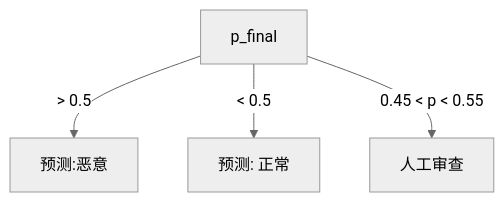
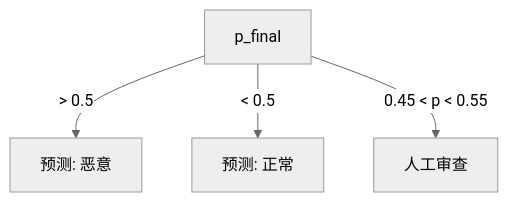
The tenth of 12 diagrams in machine_learning/ensemble_learning/docs/基于Stacking和加权融合的多层集成学习方案.md (zsh003/maltack), drawn with Mermaid (neutral theme) before and after one commit. The commit also changed other lines of this file and 2 other files, not shown here.

````diff
--- a/machine_learning/ensemble_learning/docs/基于Stacking和加权融合的多层集成学习方案.md
+++ b/machine_learning/ensemble_learning/docs/基于Stacking和加权融合的多层集成学习方案.md
@@ -153,6 +154,6 @@
 ```mermaid
 flowchart TD
-  p_final -->|> 0.5| LabelMalicious[预测:恶意]
+  p_final -->|> 0.5| LabelMalicious[预测: 恶意]
   p_final -->|< 0.5| LabelBenign[预测: 正常]
   p_final -->|0.45 < p < 0.55| Review[人工审查]
 ```
````
